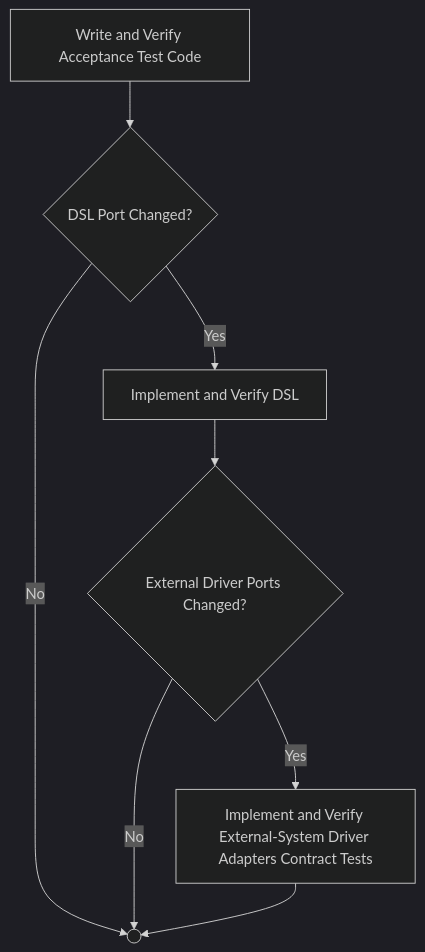
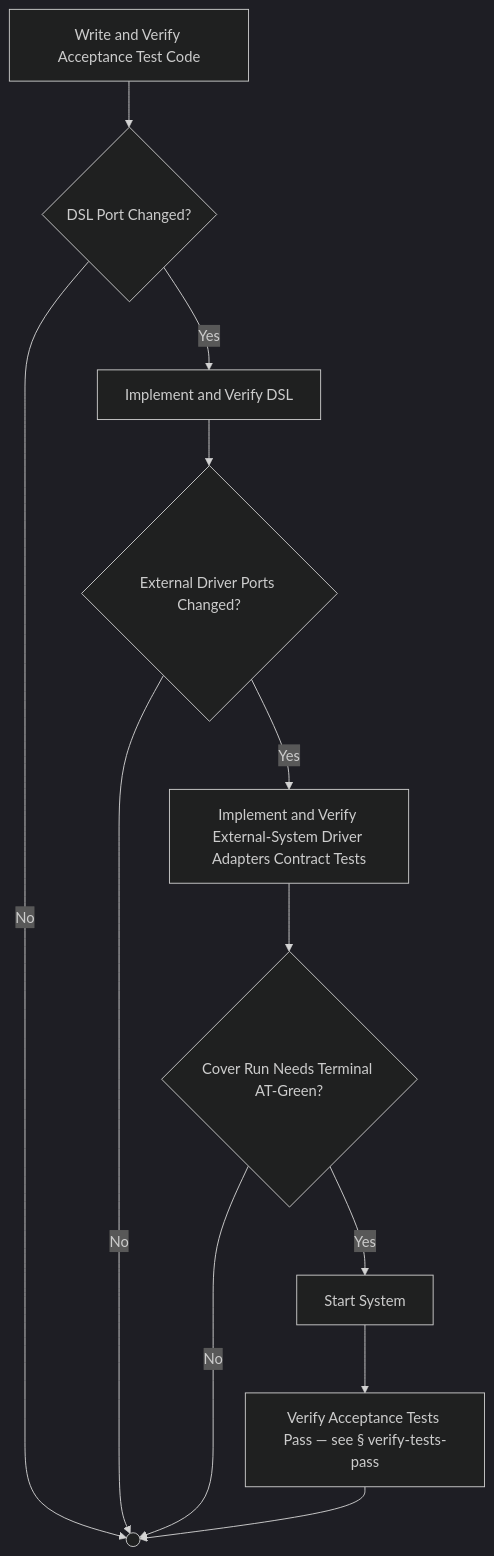
One commit to optivem/gh-optivem changed diagram 15 of 51 in docs/process-diagram.md. Above: the diagram before and after it, drawn with Mermaid (dark theme). The commit also changed other lines of this file and 18 other files, not shown here.

Commit message:
atdd: regenerate process-flow diagram

````diff
--- a/docs/process-diagram.md
+++ b/docs/process-diagram.md
@@ -285,17 +285,24 @@
 ```mermaid
 flowchart TD
+    GATE_AT_TERMINAL_GREEN{Cover Run Needs Terminal AT-Green?}
     GATE_DSL_PORT_CHANGED{DSL Port Changed?}
     GATE_EXTERNAL_DRIVER_PORTS_CHANGED{External Driver Ports Changed?}
     IMPLEMENT_AND_VERIFY_DSL[Implement and Verify DSL]
     IMPLEMENT_AND_VERIFY_EXTERNAL_DRIVER_ADAPTERS[Implement and Verify External-System Driver Adapters Contract Tests]
     SHARED_CONTRACT_END(( ))
+    START_SYSTEM_AT_TERMINAL[Start System]
+    VERIFY_TESTS_PASS_ACCEPTANCE_TERMINAL[Verify Acceptance Tests Pass — see § verify-tests-pass]
     WRITE_AND_VERIFY_ACCEPTANCE_TEST_CODE[Write and Verify Acceptance Test Code]
 
     WRITE_AND_VERIFY_ACCEPTANCE_TEST_CODE --> GATE_DSL_PORT_CHANGED
     GATE_DSL_PORT_CHANGED -- Yes --> IMPLEMENT_AND_VERIFY_DSL
     GATE_DSL_PORT_CHANGED -- No --> SHARED_CONTRACT_END
     IMPLEMENT_AND_VERIFY_DSL --> GATE_EXTERNAL_DRIVER_PORTS_CHANGED
     GATE_EXTERNAL_DRIVER_PORTS_CHANGED -- Yes --> IMPLEMENT_AND_VERIFY_EXTERNAL_DRIVER_ADAPTERS
     GATE_EXTERNAL_DRIVER_PORTS_CHANGED -- No --> SHARED_CONTRACT_END
-    IMPLEMENT_AND_VERIFY_EXTERNAL_DRIVER_ADAPTERS --> SHARED_CONTRACT_END
+    IMPLEMENT_AND_VERIFY_EXTERNAL_DRIVER_ADAPTERS --> GATE_AT_TERMINAL_GREEN
+    GATE_AT_TERMINAL_GREEN -- Yes --> START_SYSTEM_AT_TERMINAL
+    GATE_AT_TERMINAL_GREEN -- No --> SHARED_CONTRACT_END
+    START_SYSTEM_AT_TERMINAL --> VERIFY_TESTS_PASS_ACCEPTANCE_TERMINAL
+    VERIFY_TESTS_PASS_ACCEPTANCE_TERMINAL --> SHARED_CONTRACT_END
 ```
````
